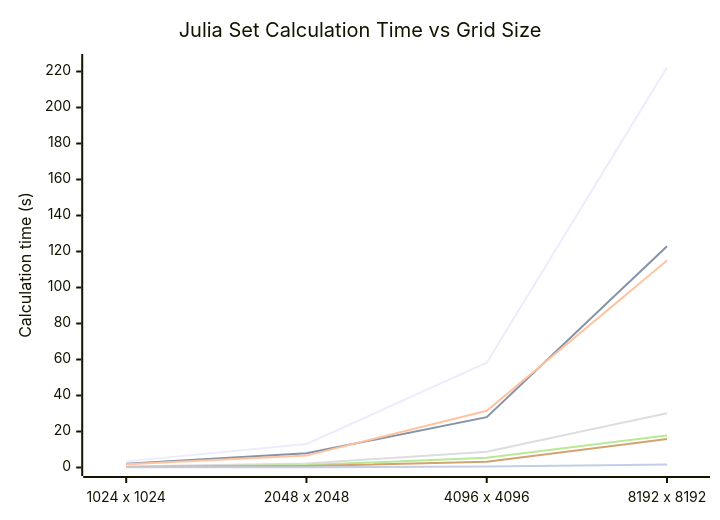
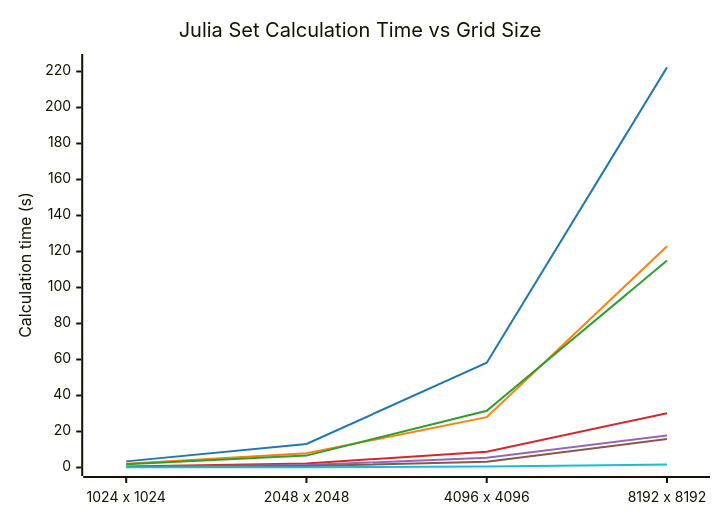
One commit to 12B-theDon/High_Perform_Data_Analysis changed the first of 2 diagrams in week05/README.md. Above: the diagram before and after it, drawn with Mermaid. The commit also changed other lines of this file, not shown here.

````diff
--- a/week05/README.md
+++ b/week05/README.md
@@ -101,13 +101,19 @@
 ```mermaid
+---
+config:
+  themeVariables:
+    xyChart:
+      plotColorPalette: "#1f77b4, #ff7f0e, #2ca02c, #d62728, #9467bd, #8c564b, #17becf"
+---
 xychart-beta
     title "Julia Set Calculation Time vs Grid Size"
     x-axis ["1024 x 1024", "2048 x 2048", "4096 x 4096", "8192 x 8192"]
     y-axis "Calculation time (s)" 0 --> 225
     line "no comment" [3.404, 13.067, 58.225, 222.280]
     line "basic" [2.060, 7.865, 27.970, 122.926]
     line "pyximport" [1.855, 6.607, 31.488, 114.941]
     line "type_casting" [0.555, 2.239, 8.752, 30.128]
     line "equation" [0.310, 1.330, 5.388, 17.842]
     line "numpy" [0.223, 0.854, 3.164, 15.780]
     line "openMP" [0.070, 0.158, 0.491, 1.682]
 ```
````
